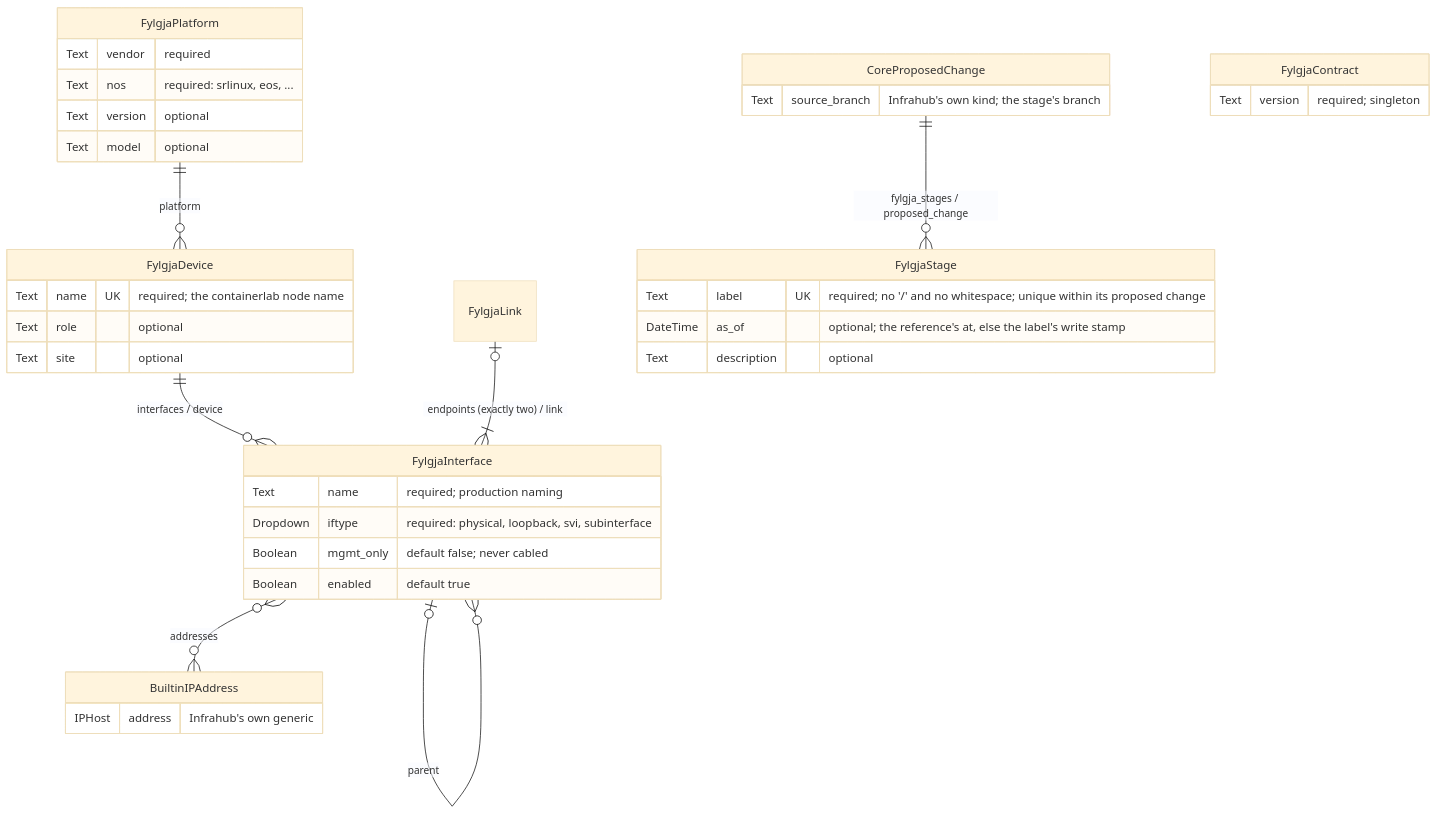
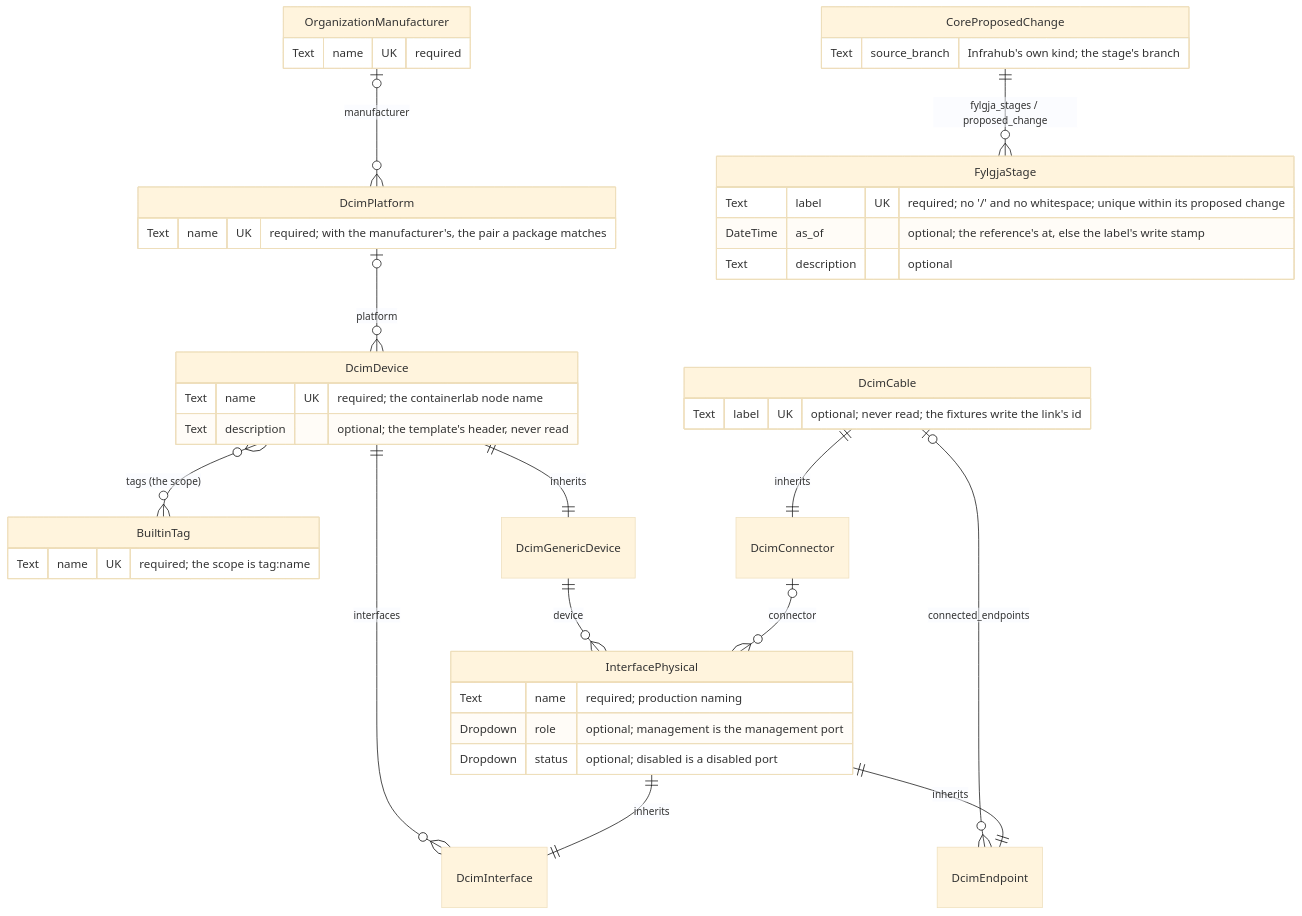
One commit to happypathnetworking/fylgja changed the diagram in docs/diagrams/schema.md. Above: the diagram before and after it, drawn with Mermaid (base theme). The commit also changed other lines of this file and 8 other files, not shown here.

First line of the commit message:
docs(c4): the schema is the library's DCIM, and the artifacts render from its kinds

````diff
--- a/docs/diagrams/schema.md
+++ b/docs/diagrams/schema.md
@@ -23,41 +37,45 @@
 ```mermaid
 erDiagram
-    FylgjaPlatform ||--o{ FylgjaDevice : "platform"
-    FylgjaDevice ||--o{ FylgjaInterface : "interfaces / device"
-    FylgjaInterface |o--o{ FylgjaInterface : "parent"
-    FylgjaLink |o--|{ FylgjaInterface : "endpoints (exactly two) / link"
-    FylgjaInterface }o--o{ BuiltinIPAddress : "addresses"
+    DcimDevice }o--o{ BuiltinTag : "tags (the scope)"
+    DcimPlatform |o--o{ DcimDevice : "platform"
+    OrganizationManufacturer |o--o{ DcimPlatform : "manufacturer"
+    DcimDevice ||--o{ DcimInterface : "interfaces"
+    DcimGenericDevice ||--o{ InterfacePhysical : "device"
+    DcimConnector |o--o{ InterfacePhysical : "connector"
+    DcimCable |o--o{ DcimEndpoint : "connected_endpoints"
+    DcimDevice ||--|| DcimGenericDevice : "inherits"
+    InterfacePhysical ||--|| DcimInterface : "inherits"
+    InterfacePhysical ||--|| DcimEndpoint : "inherits"
+    DcimCable ||--|| DcimConnector : "inherits"
     CoreProposedChange ||--o{ FylgjaStage : "fylgja_stages / proposed_change"
 
-    FylgjaPlatform {
-        Text vendor "required"
-        Text nos "required: srlinux, eos, ..."
-        Text version "optional"
-        Text model "optional"
+    BuiltinTag {
+        Text name UK "required; the scope is tag:name"
     }
-    FylgjaDevice {
+    DcimDevice {
         Text name UK "required; the containerlab node name"
-        Text role "optional"
-        Text site "optional"
+        Text description "optional; the template's header, never read"
     }
-    FylgjaInterface {
+    DcimPlatform {
+        Text name UK "required; with the manufacturer's, the pair a package matches"
+    }
+    OrganizationManufacturer {
+        Text name UK "required"
+    }
+    InterfacePhysical {
         Text name "required; production naming"
-        Dropdown iftype "required: physical, loopback, svi, subinterface"
-        Boolean mgmt_only "default false; never cabled"
-        Boolean enabled "default true"
+        Dropdown role "optional; management is the management port"
+        Dropdown status "optional; disabled is a disabled port"
     }
-    BuiltinIPAddress {
-        IPHost address "Infrahub's own generic"
-    }
-    FylgjaContract {
-        Text version "required; singleton"
+    DcimCable {
+        Text label UK "optional; never read; the fixtures write the link's id"
     }
     FylgjaStage {
         Text label UK "required; no '/' and no whitespace; unique within its proposed change"
         DateTime as_of "optional; the reference's at, else the label's write stamp"
         Text description "optional"
     }
     CoreProposedChange {
         Text source_branch "Infrahub's own kind; the stage's branch"
     }
 ```
````
